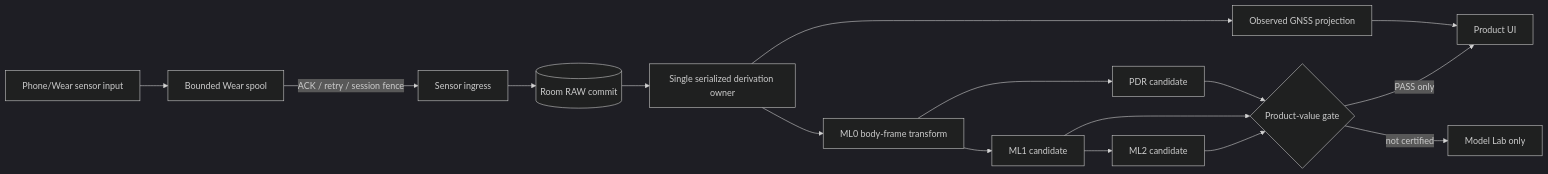
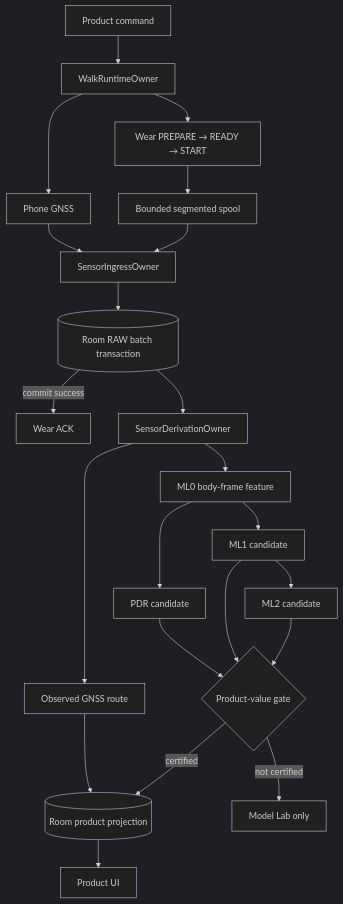
One commit to cheolgyu/kullchip-engineering-case-study changed the second of 2 diagrams in README.md. Above: the diagram before and after it, drawn with Mermaid (dark theme). The commit also changed other lines of this file, not shown here.

Commit message:
docs: document ColaZZang to KullChip architecture

````diff
--- a/README.md
+++ b/README.md
@@ -38,18 +177,24 @@
-```mermaid
-flowchart LR
-    A[Phone/Wear sensor input] --> B[Bounded Wear spool]
-    B -->|ACK / retry / session fence| C[Sensor ingress]
-    C --> D[(Room RAW commit)]
-    D --> E[Single serialized derivation owner]
-    E --> F[Observed GNSS projection]
-    E --> G[ML0 body-frame transform]
-    G --> H[PDR candidate]
-    G --> I[ML1 candidate]
-    I --> J[ML2 candidate]
-    F --> K[Product UI]
-    H --> L{Product-value gate}
-    I --> L
-    J --> L
-    L -->|PASS only| K
-    L -->|not certified| M[Model Lab only]
-```
+~~~mermaid
+flowchart TD
+    A[Product command] --> B[WalkRuntimeOwner]
+    B --> C[Phone GNSS]
+    B --> D[Wear PREPARE → READY → START]
+    D --> E[Bounded segmented spool]
+    C --> F[SensorIngressOwner]
+    E --> F
+    F --> G[(Room RAW batch transaction)]
+    G -->|commit success| H[Wear ACK]
+    G --> I[SensorDerivationOwner]
+    I --> J[Observed GNSS route]
+    I --> K[ML0 body-frame feature]
+    K --> L[PDR candidate]
+    K --> M[ML1 candidate]
+    M --> N[ML2 candidate]
+    J --> O[(Room product projection)]
+    L --> P{Product-value gate}
+    M --> P
+    N --> P
+    P -->|certified| O
+    P -->|not certified| Q[Model Lab only]
+    O --> R[Product UI]
+~~~
````
